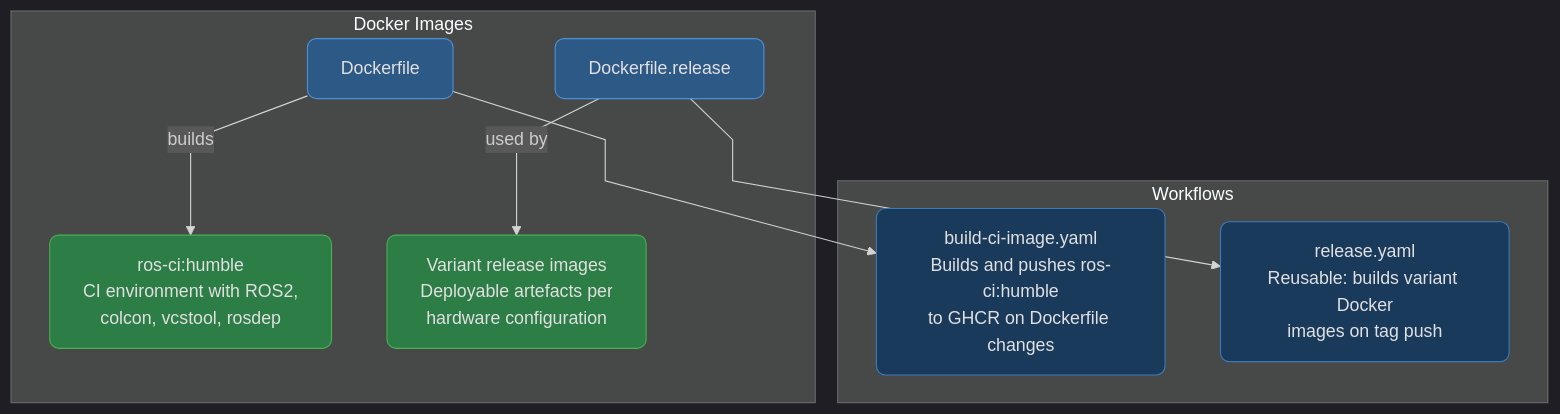
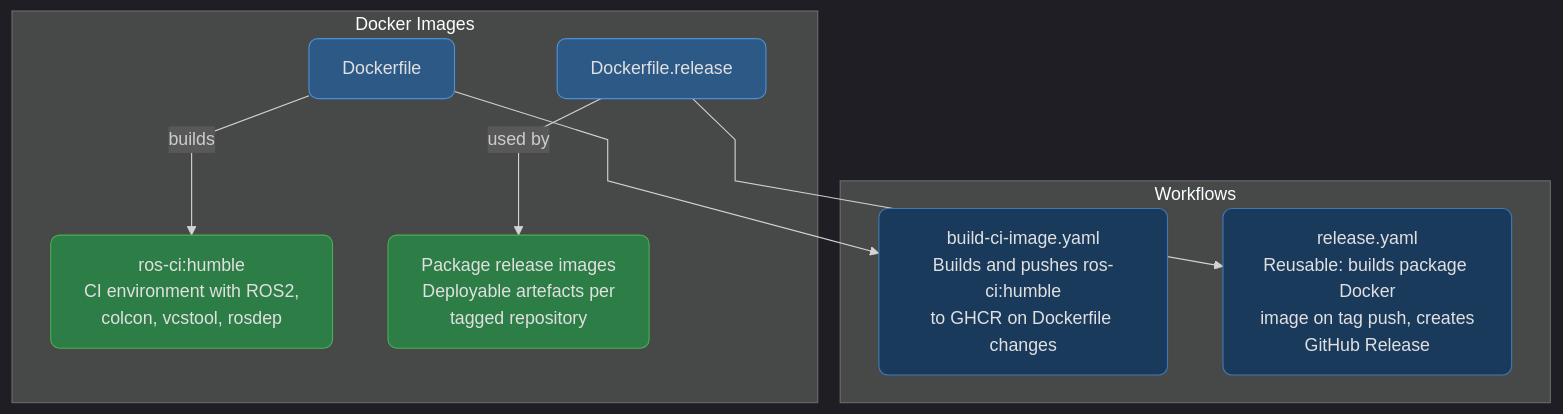
One commit to calebjakemossey/ci-workflows changed the diagram in README.md. Above: the diagram before and after it, drawn with Mermaid. The commit also changed other lines of this file and 3 other files, not shown here.

````diff
--- a/README.md
+++ b/README.md
@@ -9,20 +9,20 @@
 ```mermaid
 %%{init: {'theme': 'dark', 'flowchart': {'curve': 'linear'}}}%%
 graph TB
     classDef primary fill:#2d5986,stroke:#4a90d9,stroke-width:1px,color:#e0e0e0,rx:8,ry:8
     classDef secondary fill:#1a3a5c,stroke:#3d7ab5,stroke-width:1px,color:#e0e0e0,rx:8,ry:8
     classDef accent fill:#2d7d46,stroke:#4caf50,stroke-width:1px,color:#e0e0e0,rx:8,ry:8
 
     subgraph "Docker Images"
         DF[Dockerfile]:::primary -->|builds| CI_IMG[ros-ci:humble<br/>CI environment with ROS2,<br/>colcon, vcstool, rosdep]:::accent
-        DFR[Dockerfile.release]:::primary -->|used by| REL_IMG[Variant release images<br/>Deployable artefacts per<br/>hardware configuration]:::accent
+        DFR[Dockerfile.release]:::primary -->|used by| REL_IMG[Package release images<br/>Deployable artefacts per<br/>tagged repository]:::accent
     end
 
     subgraph "Workflows"
         BUILD[build-ci-image.yaml<br/>Builds and pushes ros-ci:humble<br/>to GHCR on Dockerfile changes]:::secondary
-        RELEASE[release.yaml<br/>Reusable: builds variant Docker<br/>images on tag push]:::secondary
+        RELEASE[release.yaml<br/>Reusable: builds package Docker<br/>image on tag push, creates<br/>GitHub Release]:::secondary
     end
 
     DF --> BUILD
     DFR --> RELEASE
 ```
````
